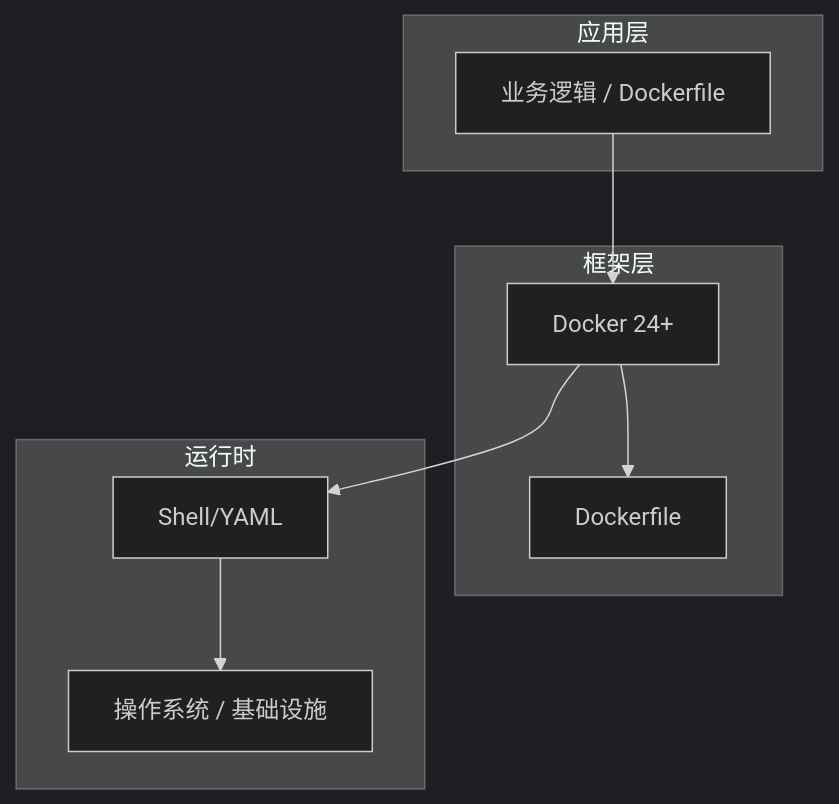
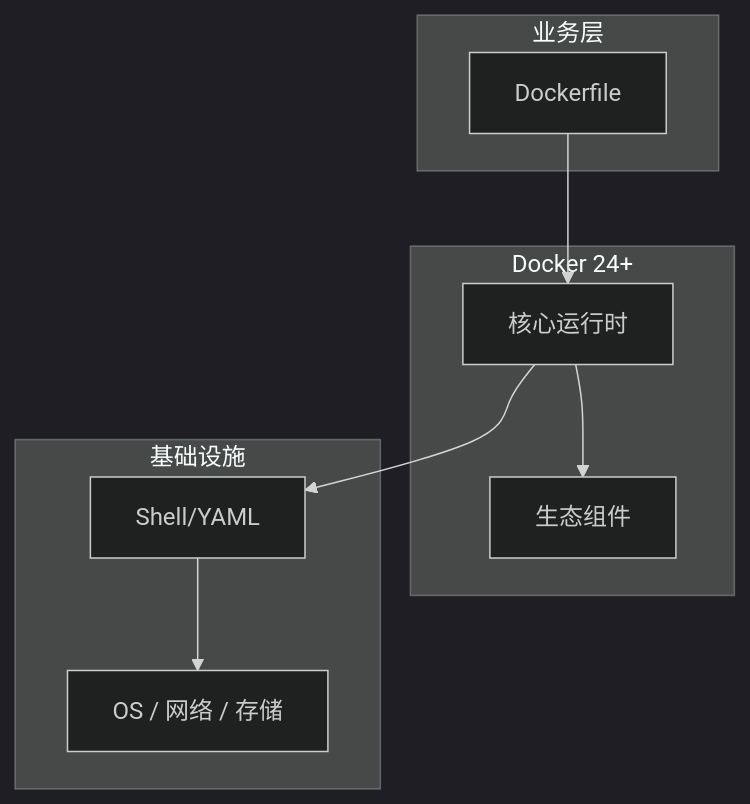
Before and after one commit to yanggan2015/knowledge-json-v2: the diagram in articles/Docker/chapters/022-Dockerfile核心概念与原理.md, drawn with Mermaid (dark theme). The commit also changed other lines of this file and 10127 other files, not shown here.

````diff
--- a/articles/Docker/chapters/022-Dockerfile核心概念与原理.md
+++ b/articles/Docker/chapters/022-Dockerfile核心概念与原理.md
@@ -45,18 +34,18 @@
 ```mermaid
 graph TB
-    subgraph 应用层
-        A[业务逻辑 / Dockerfile]
+    subgraph 业务层
+        A[Dockerfile]
     end
-    subgraph 框架层
-        B[Docker 24+]
-        C[Dockerfile]
+    subgraph Docker 24+
+        B[核心运行时]
+        C[生态组件]
     end
-    subgraph 运行时
+    subgraph 基础设施
         D[Shell/YAML]
-        E[操作系统 / 基础设施]
+        E[OS / 网络 / 存储]
     end
     A --> B
     B --> C
     B --> D
     D --> E
 ```
````
